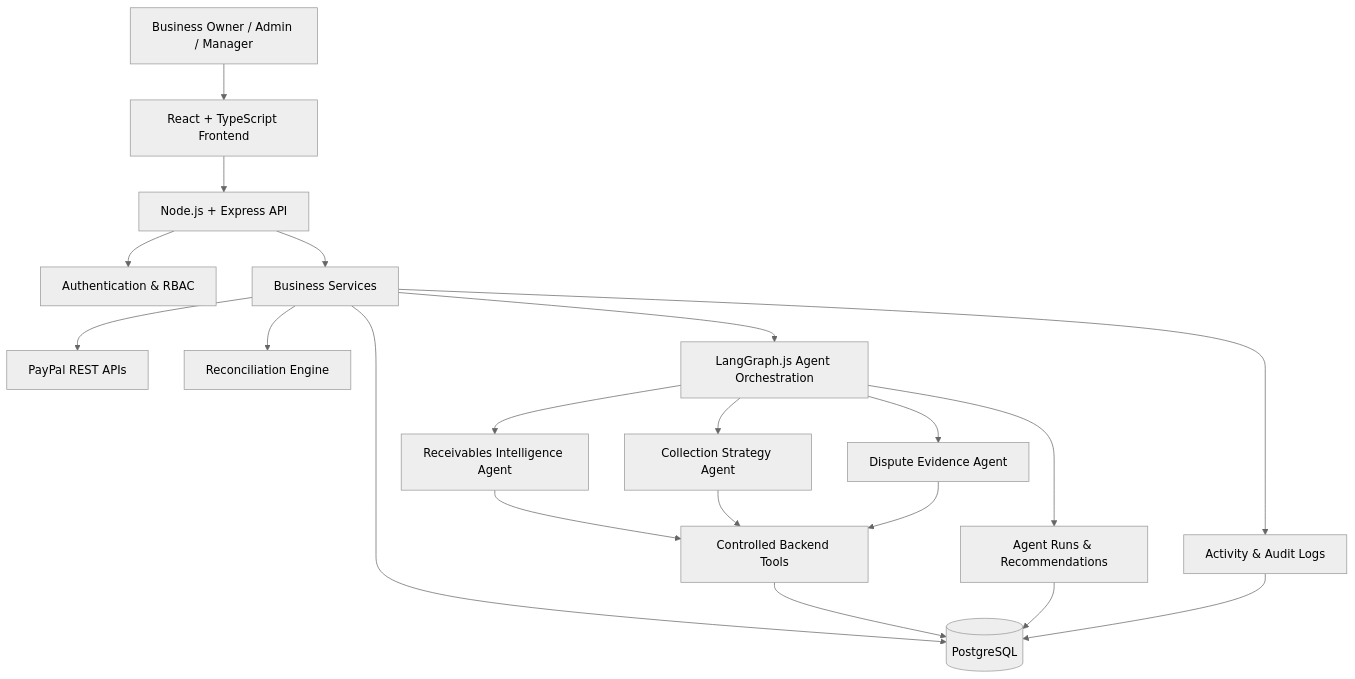
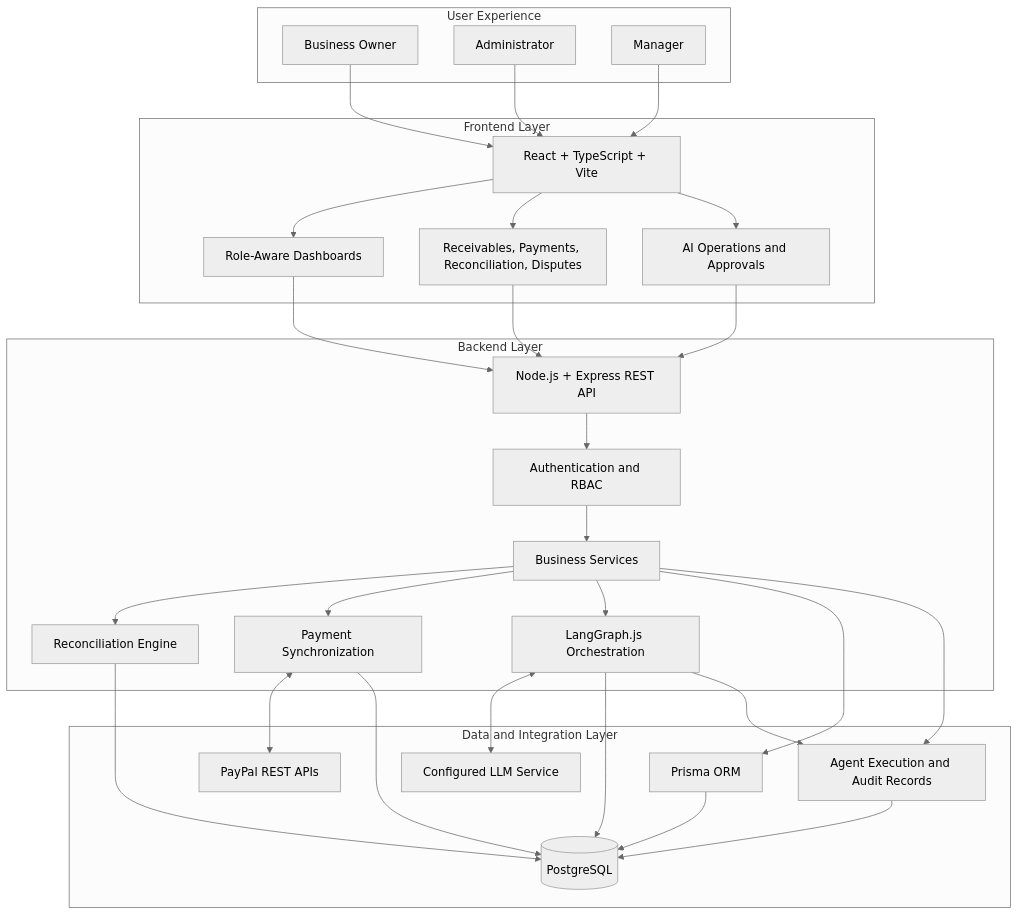
The fourth of 5 diagrams in README.md (Jhananishri-B/RECLAIM-AI), drawn with Mermaid (neutral theme) before and after one commit. The commit also changed other lines of this file, not shown here.

````diff
--- a/README.md
+++ b/README.md
@@ -222,22 +185,57 @@
 ```mermaid
 flowchart TB
-    U[Business Owner / Admin / Manager] --> FE[React + TypeScript Frontend]
-    FE --> API[Node.js + Express API]
-    API --> AUTH[Authentication & RBAC]
-    API --> SERVICES[Business Services]
-    SERVICES --> DB[(PostgreSQL)]
-    SERVICES --> PAYPAL[PayPal REST APIs]
-    SERVICES --> RECON[Reconciliation Engine]
-    SERVICES --> GRAPH[LangGraph.js Agent Orchestration]
-    GRAPH --> R[Receivables Intelligence Agent]
-    GRAPH --> C[Collection Strategy Agent]
-    GRAPH --> D[Dispute Evidence Agent]
-    R --> TOOLS[Controlled Backend Tools]
-    C --> TOOLS
-    D --> TOOLS
-    TOOLS --> DB
-    GRAPH --> LOGS[Agent Runs & Recommendations]
-    LOGS --> DB
-    SERVICES --> AUDIT[Activity & Audit Logs]
+    subgraph USERS["User Experience"]
+        OWNER["Business Owner"]
+        ADMIN["Administrator"]
+        MANAGER["Manager"]
+    end
+
+    subgraph FRONTEND["Frontend Layer"]
+        UI["React + TypeScript + Vite"]
+        DASH["Role-Aware Dashboards"]
+        WORK["Receivables, Payments, Reconciliation, Disputes"]
+        OPS["AI Operations and Approvals"]
+    end
+
+    subgraph BACKEND["Backend Layer"]
+        API["Node.js + Express REST API"]
+        AUTH["Authentication and RBAC"]
+        SVC["Business Services"]
+        RECON["Reconciliation Engine"]
+        SYNC["Payment Synchronization"]
+        AGENT["LangGraph.js Orchestration"]
+    end
+
+    subgraph DATA["Data and Integration Layer"]
+        DB[("PostgreSQL")]
+        ORM["Prisma ORM"]
+        PAYPAL["PayPal REST APIs"]
+        LLM["Configured LLM Service"]
+        AUDIT["Agent Execution and Audit Records"]
+    end
+
+    OWNER --> UI
+    ADMIN --> UI
+    MANAGER --> UI
+    UI --> DASH
+    UI --> WORK
+    UI --> OPS
+    DASH --> API
+    WORK --> API
+    OPS --> API
+    API --> AUTH
+    AUTH --> SVC
+    SVC --> RECON
+    SVC --> SYNC
+    SVC --> AGENT
+    RECON --> DB
+    SYNC <--> PAYPAL
+    SYNC --> DB
+    AGENT <--> LLM
+    AGENT --> DB
+    SVC --> ORM
+    ORM --> DB
+    AGENT --> AUDIT
+    SVC --> AUDIT
     AUDIT --> DB
 ```
````
